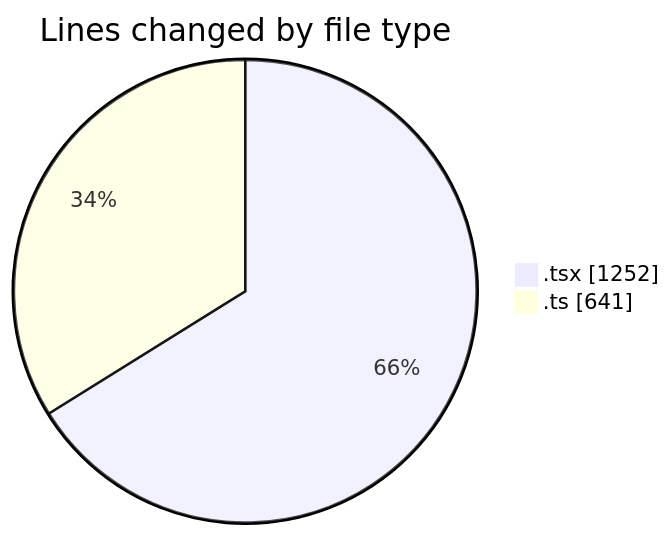
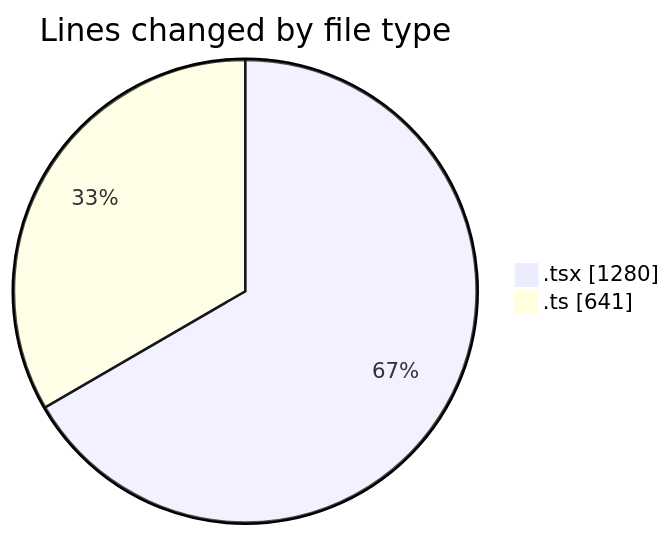
The first of 2 diagrams in 2026-02-24/nxtqube_webapp/README.md (nxtqubesakshisongat/code-tracking), drawn with Mermaid before and after one commit. The commit also changed other lines of this file and 1 other file, not shown here.

````diff
--- a/2026-02-24/nxtqube_webapp/README.md
+++ b/2026-02-24/nxtqube_webapp/README.md
@@ -25,6 +25,6 @@
 ```mermaid
 pie showData
 title Lines changed by file type
-".tsx" : 1252
+".tsx" : 1280
 ".ts" : 641
 ```
````
